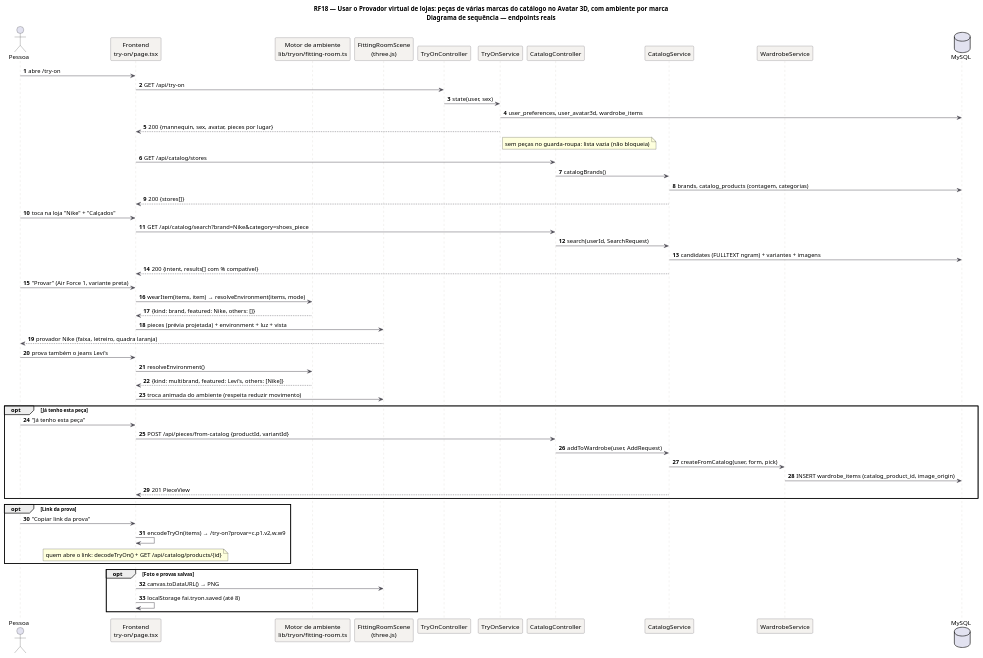
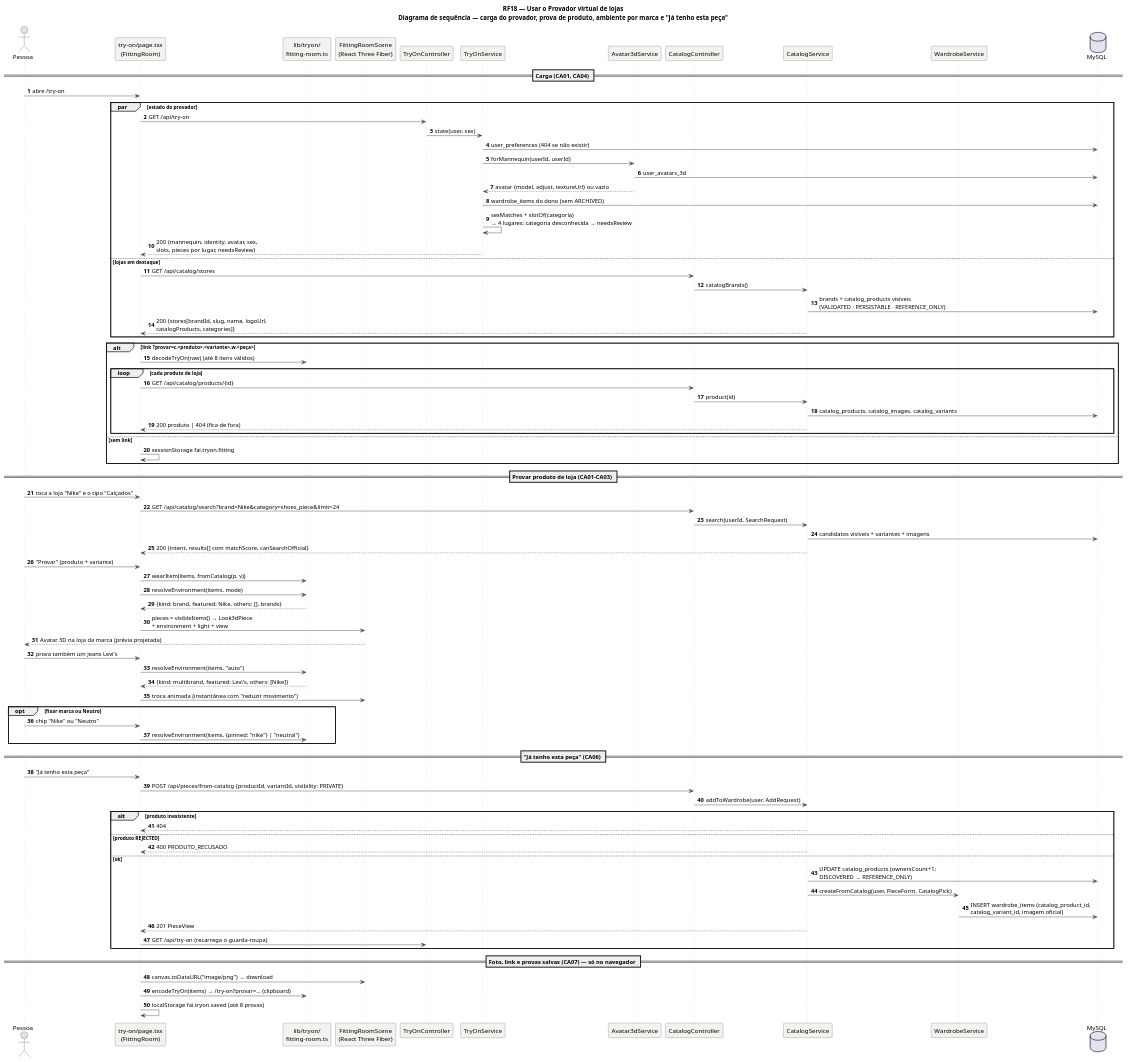
Before and after one commit to MatheusHaliski/tcc-2026-fashion-ai-backend: the diagram in docs/diagramas/RF18/RF18-sequencia.puml, drawn with PlantUML. The commit also changed 312 other files, not shown here.

First line of the commit message:
Diagramas UML: reescrita pelo código atual (parte 1)

```diff
--- a/docs/diagramas/RF18/RF18-sequencia.puml
+++ b/docs/diagramas/RF18/RF18-sequencia.puml
@@ -1,62 +1,94 @@
 @startuml RF18_Sequencia
-title RF18 — Usar o Provador virtual de lojas: peças de várias marcas do catálogo no Avatar 3D, com ambiente por marca\nDiagrama de sequência — endpoints reais
+title RF18 — Usar o Provador virtual de lojas\nDiagrama de sequência — carga do provador, prova de produto, ambiente por marca e "Já tenho esta peça"
 skinparam backgroundColor #FFFFFF
 skinparam sequence {
   ArrowColor #4A4852
   LifeLineBorderColor #CBC6BE
   ParticipantBackgroundColor #F4F2EF
   ParticipantBorderColor #4A4852
 }
 autonumber
 actor "Pessoa" as U
-participant "Frontend\ntry-on/page.tsx" as FE
-participant "Motor de ambiente\nlib/tryon/fitting-room.ts" as ENV
-participant "FittingRoomScene\n(three.js)" as SC
+participant "try-on/page.tsx\n(FittingRoom)" as FE
+participant "lib/tryon/\nfitting-room.ts" as ENV
+participant "FittingRoomScene\n(React Three Fiber)" as SC
 participant "TryOnController" as TC
 participant "TryOnService" as TS
+participant "Avatar3dService" as AV
 participant "CatalogController" as CC
 participant "CatalogService" as CS
 participant "WardrobeService" as WS
 database "MySQL" as DB
+
+== Carga (CA01, CA04) ==
 U -> FE: abre /try-on
-FE -> TC: GET /api/try-on
-TC -> TS: state(user, sex)
-TS -> DB: user_preferences, user_avatar3d, wardrobe_items
-TS --> FE: 200 {mannequin, sex, avatar, pieces por lugar}
-note right of TS: sem peças no guarda-roupa: lista vazia (não bloqueia)
-FE -> CC: GET /api/catalog/stores
-CC -> CS: catalogBrands()
-CS -> DB: brands, catalog_products (contagem, categorias)
-CS --> FE: 200 {stores[]}
-U -> FE: toca na loja "Nike" + "Calçados"
-FE -> CC: GET /api/catalog/search?brand=Nike&category=shoes_piece
+par estado do provador
+  FE -> TC: GET /api/try-on
+  TC -> TS: state(user, sex)
+  TS -> DB: user_preferences (404 se não existir)
+  TS -> AV: forMannequin(userId, userId)
+  AV -> DB: user_avatars_3d
+  AV --> TS: avatar {model, adjust, textureUrl} ou vazio
+  TS -> DB: wardrobe_items do dono (sem ARCHIVED)
+  TS -> TS: sexMatches + slotOf(categoria)\n→ 4 lugares; categoria desconhecida → needsReview
+  TS --> FE: 200 {mannequin, identity, avatar, sex,\nslots, pieces por lugar, needsReview}
+else lojas em destaque
+  FE -> CC: GET /api/catalog/stores
+  CC -> CS: catalogBrands()
+  CS -> DB: brands + catalog_products visíveis\n(VALIDATED · PERSISTABLE · REFERENCE_ONLY)
+  CS --> FE: 200 {stores[brandId, slug, name, logoUrl,\ncatalogProducts, categories]}
+end
+alt link ?provar=c.<produto>.<variante>,w.<peça>
+  FE -> ENV: decodeTryOn(raw) (até 8 itens válidos)
+  loop cada produto de loja
+    FE -> CC: GET /api/catalog/products/{id}
+    CC -> CS: product(id)
+    CS -> DB: catalog_products, catalog_images, catalog_variants
+    CS --> FE: 200 produto | 404 (fica de fora)
+  end
+else sem link
+  FE -> FE: sessionStorage fai.tryon.fitting
+end
+
+== Provar produto de loja (CA01–CA03) ==
+U -> FE: toca a loja "Nike" e o tipo "Calçados"
+FE -> CC: GET /api/catalog/search?brand=Nike&category=shoes_piece&limit=24
 CC -> CS: search(userId, SearchRequest)
-CS -> DB: candidates (FULLTEXT ngram) + variantes + imagens
-CS --> FE: 200 {intent, results[] com % compatível}
-U -> FE: "Provar" (Air Force 1, variante preta)
-FE -> ENV: wearItem(items, item) → resolveEnvironment(items, mode)
-ENV --> FE: {kind: brand, featured: Nike, others: []}
-FE -> SC: pieces (prévia projetada) + environment + luz + vista
-SC --> U: provador Nike (faixa, letreiro, quadra laranja)
-U -> FE: prova também o jeans Levi's
-FE -> ENV: resolveEnvironment()
+CS -> DB: candidatos visíveis + variantes + imagens
+CS --> FE: 200 {intent, results[] com matchScore, canSearchOfficial}
+U -> FE: "Provar" (produto + variante)
+FE -> ENV: wearItem(items, fromCatalog(p, v))
+FE -> ENV: resolveEnvironment(items, mode)
+ENV --> FE: {kind: brand, featured: Nike, others: [], brands}
+FE -> SC: pieces = visibleItems() → Look3dPiece\n+ environment + light + view
+SC --> U: Avatar 3D na loja da marca (prévia projetada)
+U -> FE: prova também um jeans Levi's
+FE -> ENV: resolveEnvironment(items, "auto")
 ENV --> FE: {kind: multibrand, featured: Levi's, others: [Nike]}
-FE -> SC: troca animada do ambiente (respeita reduzir movimento)
-opt Já tenho esta peça
-  U -> FE: "Já tenho esta peça"
-  FE -> CC: POST /api/pieces/from-catalog {productId, variantId}
-  CC -> CS: addToWardrobe(user, AddRequest)
-  CS -> WS: createFromCatalog(user, form, pick)
-  WS -> DB: INSERT wardrobe_items (catalog_product_id, image_origin)
+FE -> SC: troca animada (instantânea com "reduzir movimento")
+opt fixar marca ou Neutro
+  U -> FE: chip "Nike" ou "Neutro"
+  FE -> ENV: resolveEnvironment(items, {pinned: "nike"} | "neutral")
+end
+
+== "Já tenho esta peça" (CA06) ==
+U -> FE: "Já tenho esta peça"
+FE -> CC: POST /api/pieces/from-catalog {productId, variantId, visibility: PRIVATE}
+CC -> CS: addToWardrobe(user, AddRequest)
+alt produto inexistente
+  CS --> FE: 404
+else produto REJECTED
+  CS --> FE: 400 PRODUTO_RECUSADO
+else ok
+  CS -> DB: UPDATE catalog_products (ownersCount+1;\nDISCOVERED → REFERENCE_ONLY)
+  CS -> WS: createFromCatalog(user, PieceForm, CatalogPick)
+  WS -> DB: INSERT wardrobe_items (catalog_product_id,\ncatalog_variant_id, imagem oficial)
   CS --> FE: 201 PieceView
+  FE -> TC: GET /api/try-on (recarrega o guarda-roupa)
 end
-opt Link da prova
-  U -> FE: "Copiar link da prova"
-  FE -> FE: encodeTryOn(items) → /try-on?provar=c.p1.v2,w.w9
-  note over FE: quem abre o link: decodeTryOn() + GET /api/catalog/products/{id}
-end
-opt Foto e provas salvas
-  FE -> SC: canvas.toDataURL() → PNG
-  FE -> FE: localStorage fai.tryon.saved (até 8)
-end
+
+== Foto, link e provas salvas (CA07) — só no navegador ==
+FE -> SC: canvas.toDataURL("image/png") → download
+FE -> ENV: encodeTryOn(items) → /try-on?provar=… (clipboard)
+FE -> FE: localStorage fai.tryon.saved (até 8 provas)
 @enduml
```
